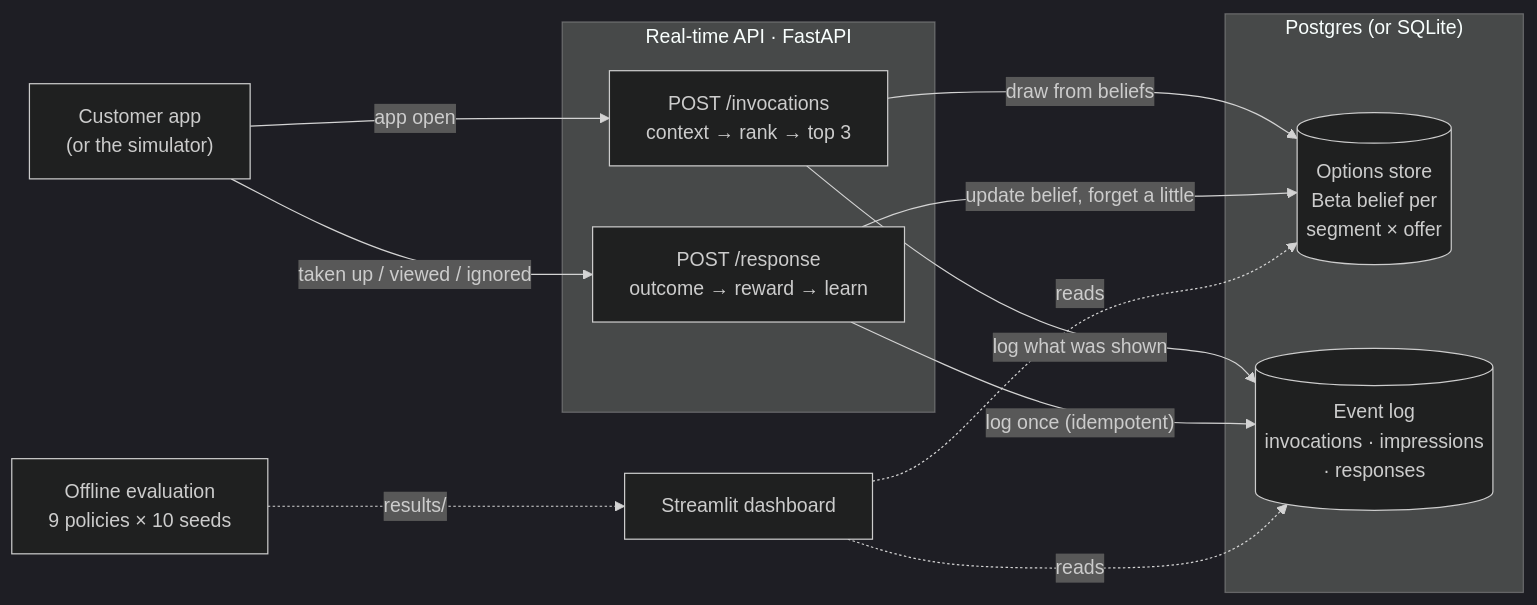
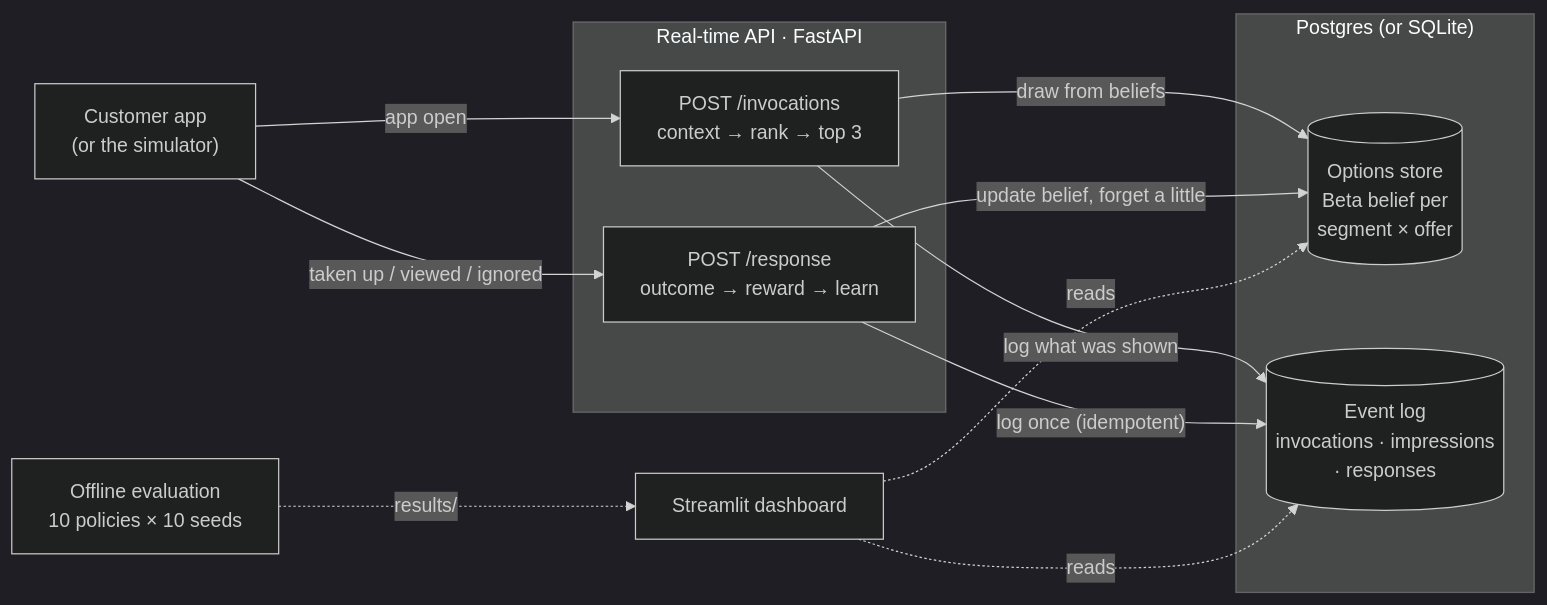
Before and after one commit to SeanM04/recommandation_system: the diagram in README.md, drawn with Mermaid (dark theme). The commit also changed other lines of this file and 13 other files, not shown here.

````diff
--- a/README.md
+++ b/README.md
@@ -68,24 +69,24 @@
 ```mermaid
 flowchart LR
     app["Customer app<br/>(or the simulator)"]
     subgraph api["Real-time API · FastAPI"]
         inv["POST /invocations<br/>context → rank → top 3"]
         resp["POST /response<br/>outcome → reward → learn"]
     end
     subgraph db["Postgres (or SQLite)"]
         store[("Options store<br/>Beta belief per<br/>segment × offer")]
         log[("Event log<br/>invocations · impressions<br/>· responses")]
     end
-    eval["Offline evaluation<br/>9 policies × 10 seeds"]
+    eval["Offline evaluation<br/>10 policies × 10 seeds"]
     dash["Streamlit dashboard"]
 
     app -- "app open" --> inv
     app -- "taken up / viewed / ignored" --> resp
     inv -- "draw from beliefs" --> store
     inv -- "log what was shown" --> log
     resp -- "log once (idempotent)" --> log
     resp -- "update belief, forget a little" --> store
     eval -. "results/" .-> dash
     dash -. "reads" .-> store
     dash -. "reads" .-> log
 ```
````
